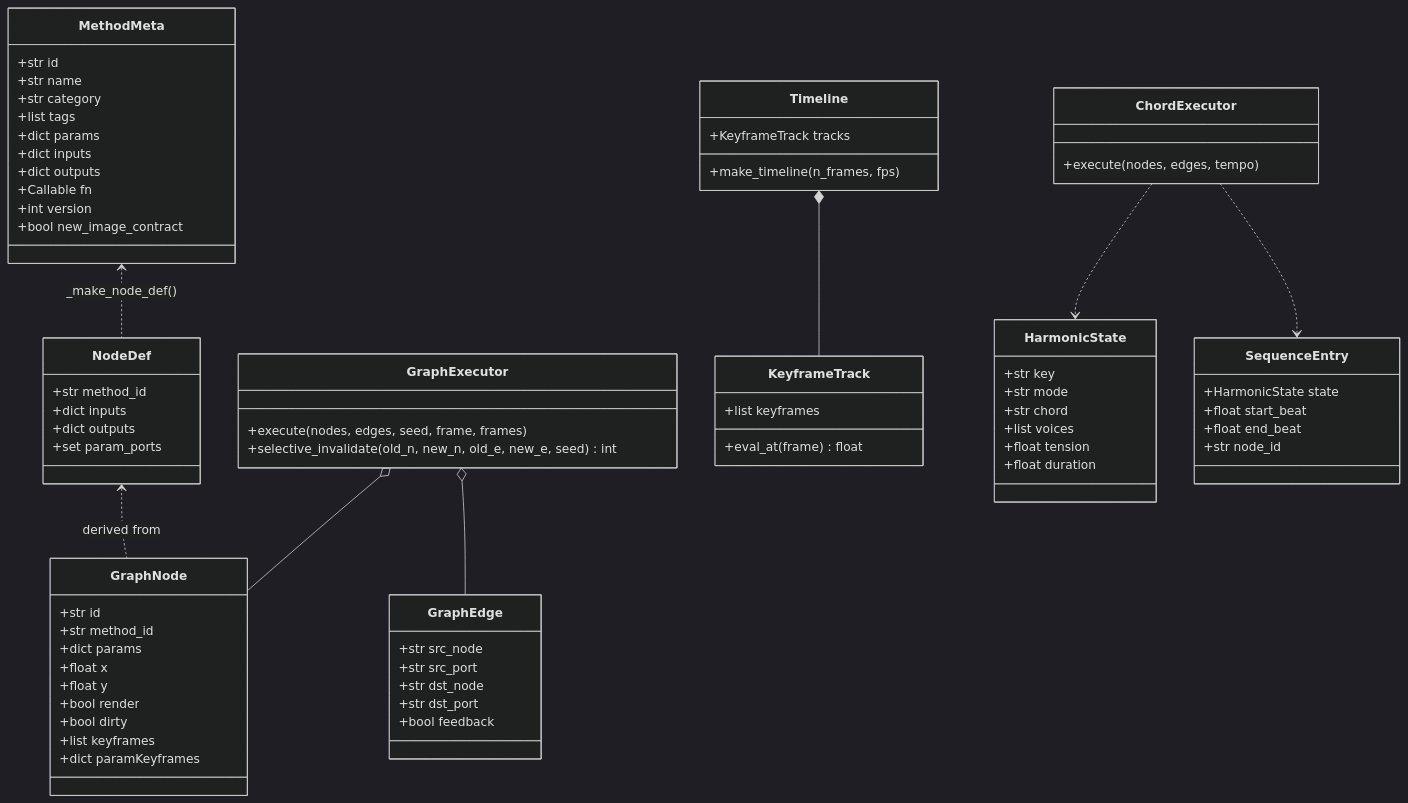
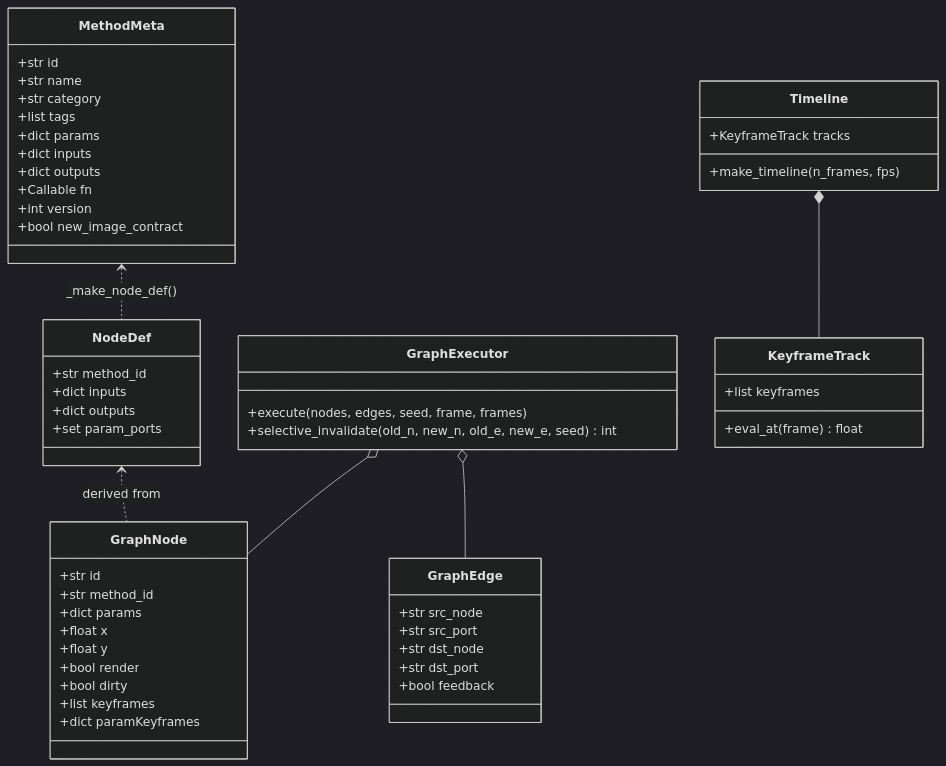
Before and after one commit to brndnhghs/grillmaster-command-center: the diagram in docs/wiki/diagrams/class-diagram.md, drawn with Mermaid (dark theme). The commit also changed other lines of this file and 90 other files, not shown here.

````diff
--- a/docs/wiki/diagrams/class-diagram.md
+++ b/docs/wiki/diagrams/class-diagram.md
@@ -5,76 +5,57 @@
 ```mermaid
 classDiagram
     class MethodMeta {
         +str id
         +str name
         +str category
         +list tags
         +dict params
         +dict inputs
         +dict outputs
         +Callable fn
         +int version
         +bool new_image_contract
     }
     class NodeDef {
         +str method_id
         +dict inputs
         +dict outputs
         +set param_ports
     }
     class GraphNode {
         +str id
         +str method_id
         +dict params
         +float x
         +float y
         +bool render
         +bool dirty
         +list keyframes
         +dict paramKeyframes
     }
     class GraphEdge {
         +str src_node
         +str src_port
         +str dst_node
         +str dst_port
         +bool feedback
     }
     class GraphExecutor {
         +execute(nodes, edges, seed, frame, frames)
         +selective_invalidate(old_n, new_n, old_e, new_e, seed) int
     }
     class Timeline {
         +make_timeline(n_frames, fps)
         +KeyframeTrack tracks
     }
     class KeyframeTrack {
         +list keyframes
         +eval_at(frame) float
     }
-    class HarmonicState {
-        +str key
-        +str mode
-        +str chord
-        +list voices
-        +float tension
-        +float duration
-    }
-    class SequenceEntry {
-        +HarmonicState state
-        +float start_beat
-        +float end_beat
-        +str node_id
-    }
-    class ChordExecutor {
-        +execute(nodes, edges, tempo)
-    }
 
     MethodMeta <.. NodeDef : _make_node_def()
     GraphExecutor o-- GraphNode
     GraphExecutor o-- GraphEdge
     NodeDef <.. GraphNode : derived from
     Timeline *-- KeyframeTrack
-    ChordExecutor ..> HarmonicState
-    ChordExecutor ..> SequenceEntry
 ```
````
